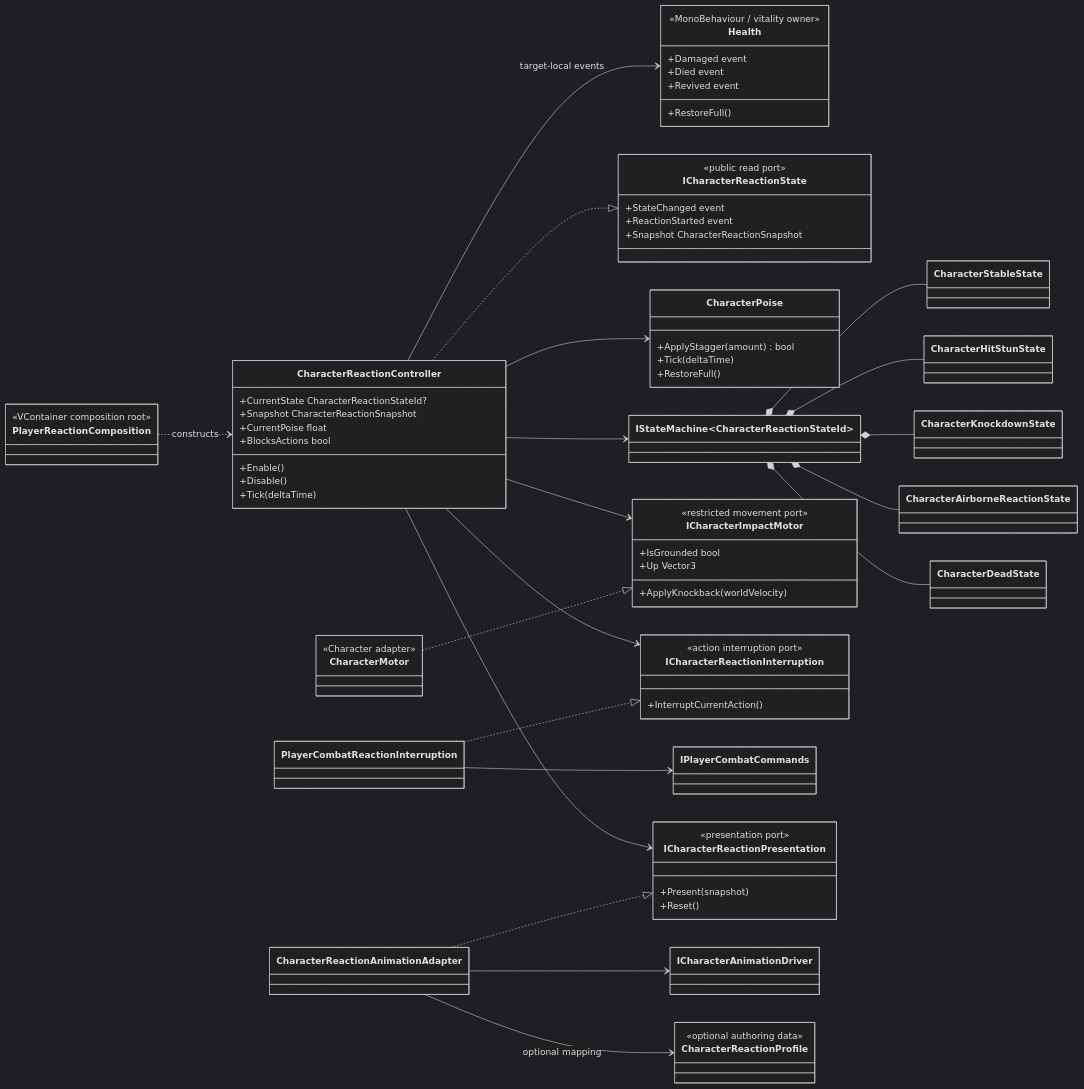
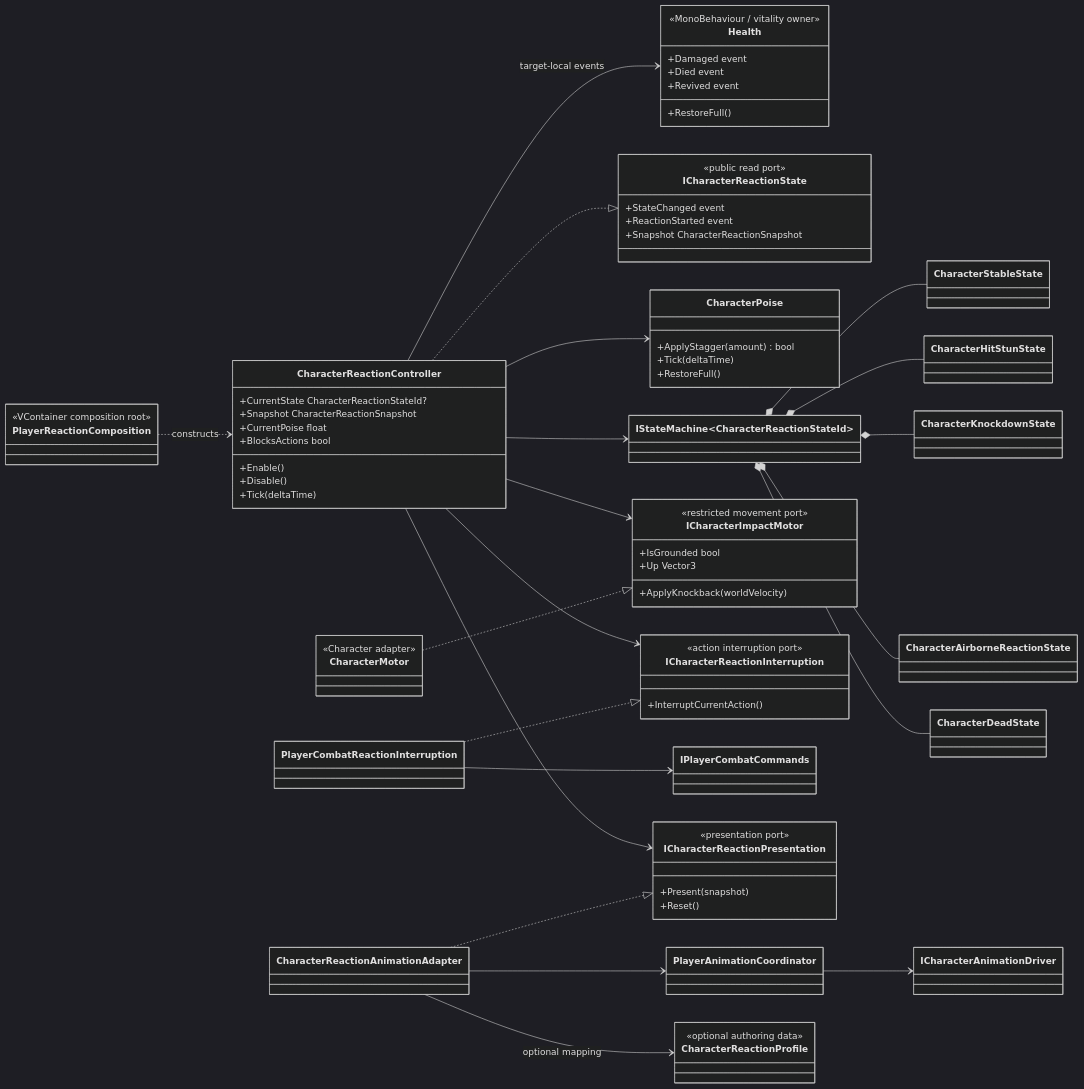
One commit to MaximFonariuc/project-s changed the first of 3 diagrams in Docs/Architecture/Combat.Reactions.md. Above: the diagram before and after it, drawn with Mermaid (dark theme). The commit also changed other lines of this file and 18 other files, not shown here.

Commit message:
feat: arbitrate player animation states

````diff
--- a/Docs/Architecture/Combat.Reactions.md
+++ b/Docs/Architecture/Combat.Reactions.md
@@ -76,6 +76,7 @@
         +Reset()
     }
     class CharacterReactionAnimationAdapter
+    class PlayerAnimationCoordinator
     class ICharacterAnimationDriver
     class CharacterReactionProfile {
         <<optional authoring data>>
@@ -100,7 +101,8 @@
     PlayerCombatReactionInterruption ..|> ICharacterReactionInterruption
     PlayerCombatReactionInterruption --> IPlayerCombatCommands
     CharacterReactionAnimationAdapter ..|> ICharacterReactionPresentation
-    CharacterReactionAnimationAdapter --> ICharacterAnimationDriver
+    CharacterReactionAnimationAdapter --> PlayerAnimationCoordinator
+    PlayerAnimationCoordinator --> ICharacterAnimationDriver
     CharacterReactionAnimationAdapter --> CharacterReactionProfile : optional mapping
     PlayerReactionComposition ..> CharacterReactionController : constructs
 ```
````
